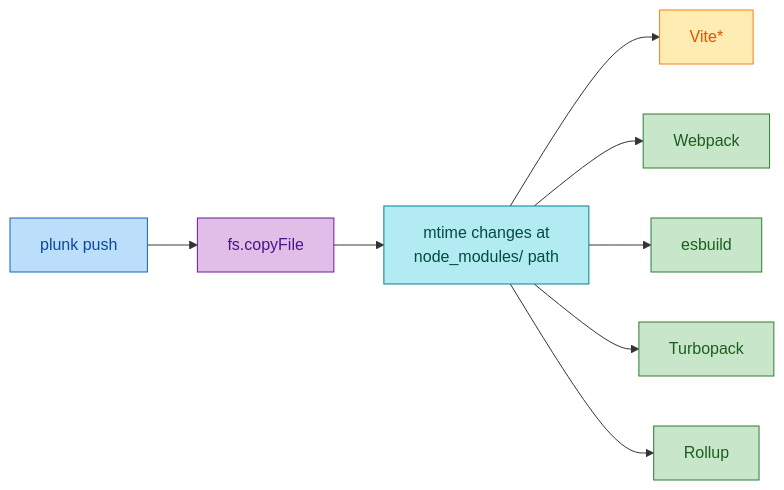
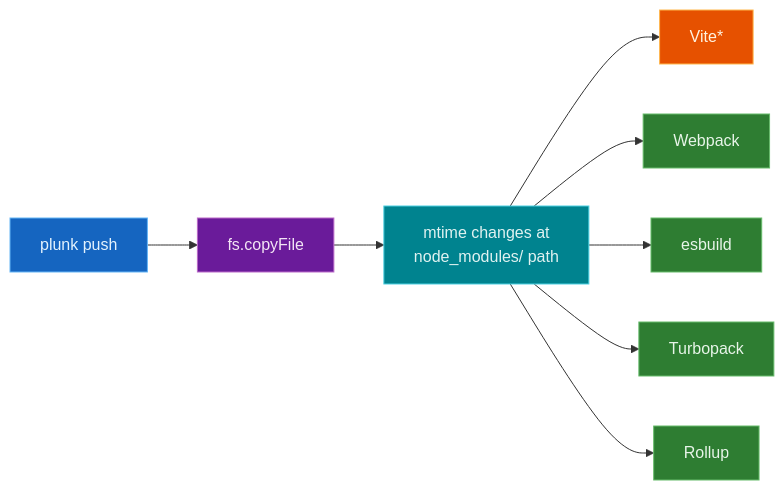
One commit to oleg-kuibar/plunk changed the second of 2 diagrams in docs/bundlers.md. Above: the diagram before and after it, drawn with Mermaid. The commit also changed other lines of this file and 5 other files, not shown here.

First line of the commit message:
docs: use dark-fill mermaid colors for dark-themed UI readability

````diff
--- a/docs/bundlers.md
+++ b/docs/bundlers.md
@@ -100,19 +100,19 @@
 ```mermaid
 graph LR
     P[plunk push] --> FS[fs.copyFile]
     FS --> E1[mtime changes at<br/>node_modules/ path]
     E1 --> V[Vite*]
     E1 --> W[Webpack]
     E1 --> ES[esbuild]
     E1 --> T[Turbopack]
     E1 --> R[Rollup]
 
-    style P fill:#bbdefb,stroke:#1565c0,color:#0d47a1
-    style FS fill:#e1bee7,stroke:#6a1b9a,color:#4a148c
-    style E1 fill:#b2ebf2,stroke:#00838f,color:#004d40
-    style V fill:#ffecb3,stroke:#f57f17,color:#e65100
-    style W fill:#c8e6c9,stroke:#2e7d32,color:#1b5e20
-    style ES fill:#c8e6c9,stroke:#2e7d32,color:#1b5e20
-    style T fill:#c8e6c9,stroke:#2e7d32,color:#1b5e20
-    style R fill:#c8e6c9,stroke:#2e7d32,color:#1b5e20
+    style P fill:#1565c0,stroke:#64b5f6,color:#e3f2fd
+    style FS fill:#6a1b9a,stroke:#ba68c8,color:#f3e5f5
+    style E1 fill:#00838f,stroke:#4dd0e1,color:#e0f2f1
+    style V fill:#e65100,stroke:#ffb74d,color:#fff3e0
+    style W fill:#2e7d32,stroke:#66bb6a,color:#e8f5e9
+    style ES fill:#2e7d32,stroke:#66bb6a,color:#e8f5e9
+    style T fill:#2e7d32,stroke:#66bb6a,color:#e8f5e9
+    style R fill:#2e7d32,stroke:#66bb6a,color:#e8f5e9
 ```
````
